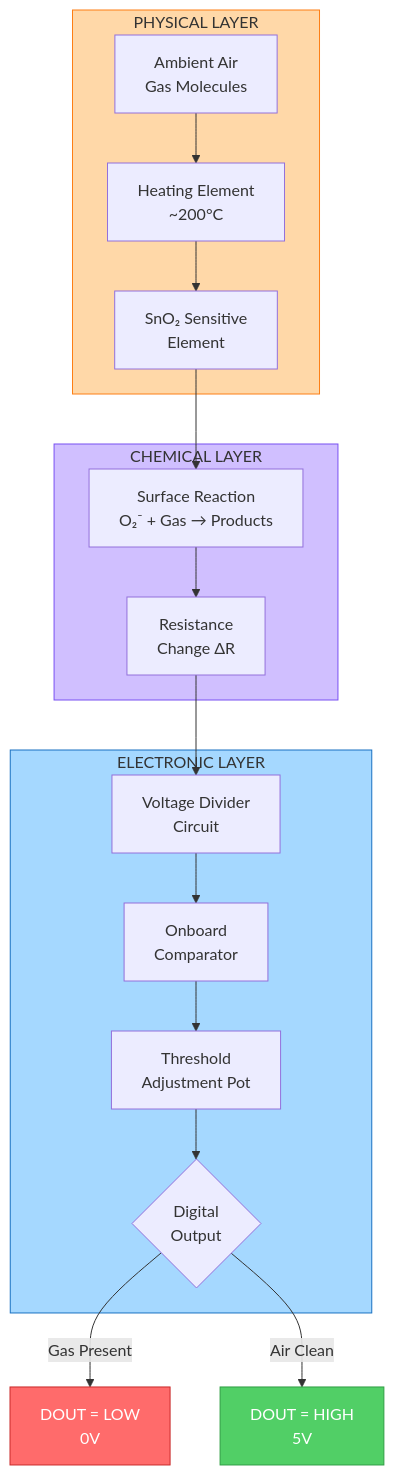
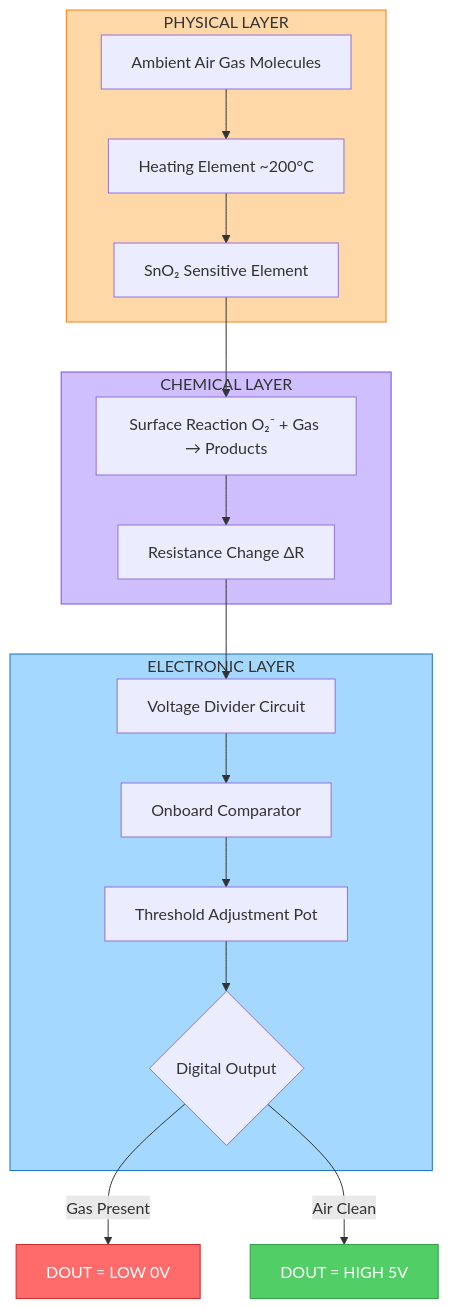
The ninth of 14 diagrams in BLOCK-DIAGRAM.md (kelvinmwega/gas-leak-detection), drawn with Mermaid before and after one commit. The commit also changed other lines of this file, not shown here.

Commit message:
block diagrams updated

````diff
--- a/BLOCK-DIAGRAM.md
+++ b/BLOCK-DIAGRAM.md
@@ -380,28 +380,28 @@
 ```mermaid
 graph TB
   subgraph Physical["PHYSICAL LAYER"]
-    Air[Ambient Air\nGas Molecules] --> Heater[Heating Element\n~200°C]
-    Heater --> Element[SnO₂ Sensitive\nElement]
+    Air[Ambient Air Gas Molecules] --> Heater[Heating Element ~200°C]
+    Heater --> Element[SnO₂ Sensitive Element]
   end
 
   subgraph Chemical["CHEMICAL LAYER"]
-    Element --> Reaction[Surface Reaction\nO₂⁻ + Gas → Products]
-    Reaction --> Resistance[Resistance\nChange ΔR]
+    Element --> Reaction[Surface Reaction O₂⁻ + Gas → Products]
+    Reaction --> Resistance[Resistance Change ΔR]
   end
 
   subgraph Electronic["ELECTRONIC LAYER"]
-    Resistance --> Divider[Voltage Divider\nCircuit]
-    Divider --> Comparator[Onboard\nComparator]
-    Comparator --> Potentiometer[Threshold\nAdjustment Pot]
-    Potentiometer --> Output{Digital\nOutput}
+    Resistance --> Divider[Voltage Divider Circuit]
+    Divider --> Comparator[Onboard Comparator]
+    Comparator --> Potentiometer[Threshold Adjustment Pot]
+    Potentiometer --> Output{Digital Output}
   end
 
-  Output -->|Gas Present| LOW[DOUT = LOW\n0V]
-  Output -->|Air Clean| HIGH[DOUT = HIGH\n5V]
+  Output -->|Gas Present| LOW[DOUT = LOW 0V]
+  Output -->|Air Clean| HIGH[DOUT = HIGH 5V]
 
   style Physical fill:#ffd8a8,stroke:#fd7e14
   style Chemical fill:#d0bfff,stroke:#7950f2
   style Electronic fill:#a5d8ff,stroke:#1971c2
   style LOW fill:#ff6b6b,stroke:#c92a2a,color:#fff
   style HIGH fill:#51cf66,stroke:#2f9e44,color:#fff
 ```
````
